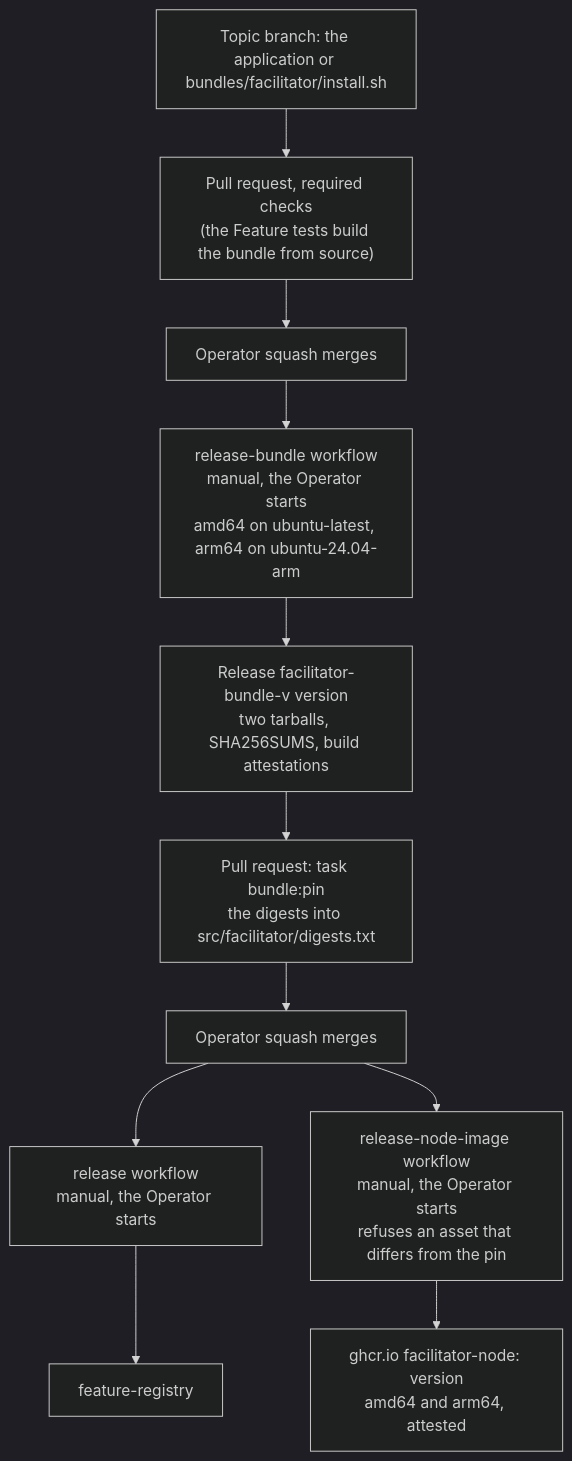
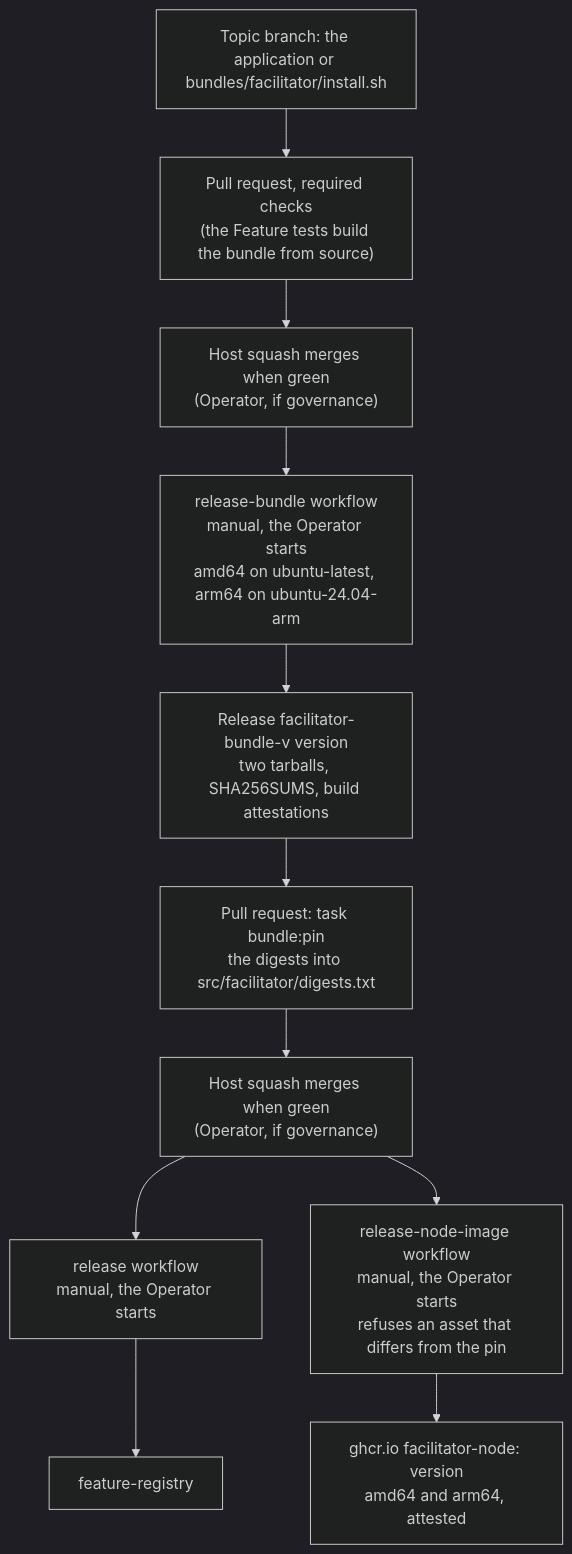
Before and after one commit to nabil-becker/devcontainer-features: the fourth of 13 diagrams in docs/architecture/workflows.md, drawn with Mermaid (dark theme). The commit also changed other lines of this file and 10 other files, not shown here.

First line of the commit message:
docs(adr): 0085 the host merges its own green pull requests (host-merge-adr) (#252)

````diff
--- a/docs/architecture/workflows.md
+++ b/docs/architecture/workflows.md
@@ -77,13 +77,13 @@
 ```mermaid
 flowchart TB
   b["Topic branch: the application or bundles/facilitator/install.sh"] --> pr1["Pull request, required checks<br/>(the Feature tests build the bundle from source)"]
-  pr1 --> m1["Operator squash merges"]
+  pr1 --> m1["Host squash merges when green<br/>(Operator, if governance)"]
   m1 --> rb["release-bundle workflow<br/>manual, the Operator starts<br/>amd64 on ubuntu-latest, arm64 on ubuntu-24.04-arm"]
   rb --> asset["Release facilitator-bundle-v version<br/>two tarballs, SHA256SUMS, build attestations"]
   asset --> pr2["Pull request: task bundle:pin<br/>the digests into src/facilitator/digests.txt"]
-  pr2 --> m2["Operator squash merges"]
+  pr2 --> m2["Host squash merges when green<br/>(Operator, if governance)"]
   m2 --> rel["release workflow<br/>manual, the Operator starts"]
   rel --> reg["feature-registry"]
   m2 --> img["release-node-image workflow<br/>manual, the Operator starts<br/>refuses an asset that differs from the pin"]
   img --> ghcr["ghcr.io facilitator-node: version<br/>amd64 and arm64, attested"]
 ```
````
